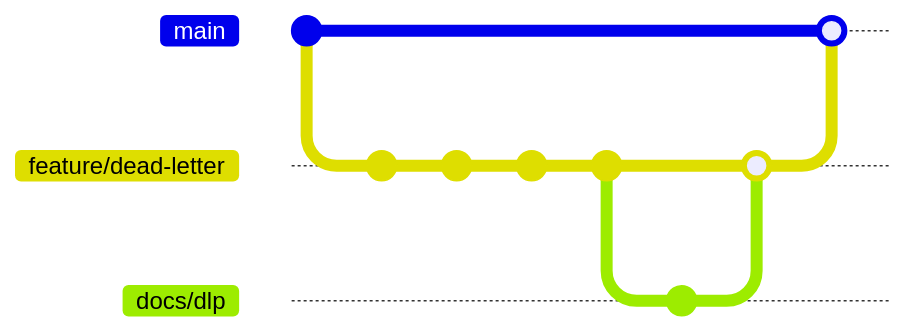
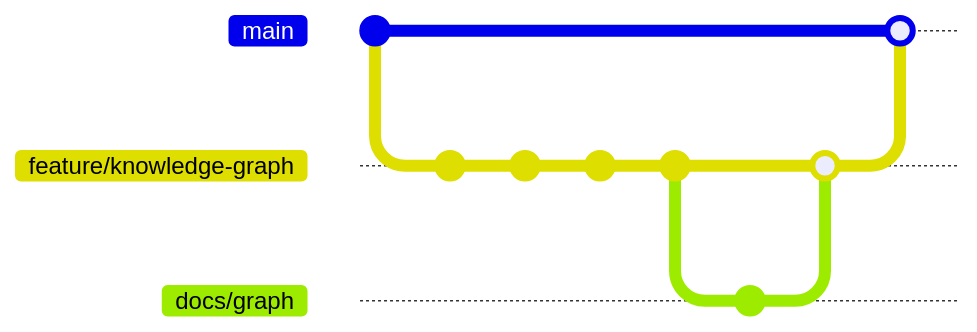
One commit to geoffsweeney/wine-recommender changed the third of 3 diagrams in memory-bank/progress.md. Above: the diagram before and after it, drawn with Mermaid. The commit also changed other lines of this file and 6 other files, not shown here. Commit ids are hidden.

Commit message:
feat(knowledge-graph): implement Neo4j integration with services and documentation

````diff
--- a/memory-bank/progress.md
+++ b/memory-bank/progress.md
@@ -156,16 +94,16 @@
 ```mermaid
 gitGraph
     commit
-    branch feature/dead-letter
-    checkout feature/dead-letter
-    commit id: "feat(dlp): base interface"
-    commit id: "feat(dlp): handler execution"
-    commit id: "test(dlp): retry integration"
-    commit id: "test(dlp): handler validation"
-    branch docs/dlp
-    commit id: "docs(dlp): add jsdoc examples"
-    checkout feature/dead-letter
-    merge docs/dlp
+    branch feature/knowledge-graph
+    checkout feature/knowledge-graph
+    commit id: "feat(neo4j): base service"
+    commit id: "feat(graph): wine node management"
+    commit id: "feat(graph): pairing relationships"
+    commit id: "test(graph): recommendation queries"
+    branch docs/graph
+    commit id: "docs(graph): add schema documentation"
+    checkout feature/knowledge-graph
+    merge docs/graph
     checkout main
-    merge feature/dead-letter
+    merge feature/knowledge-graph
 ```
````
